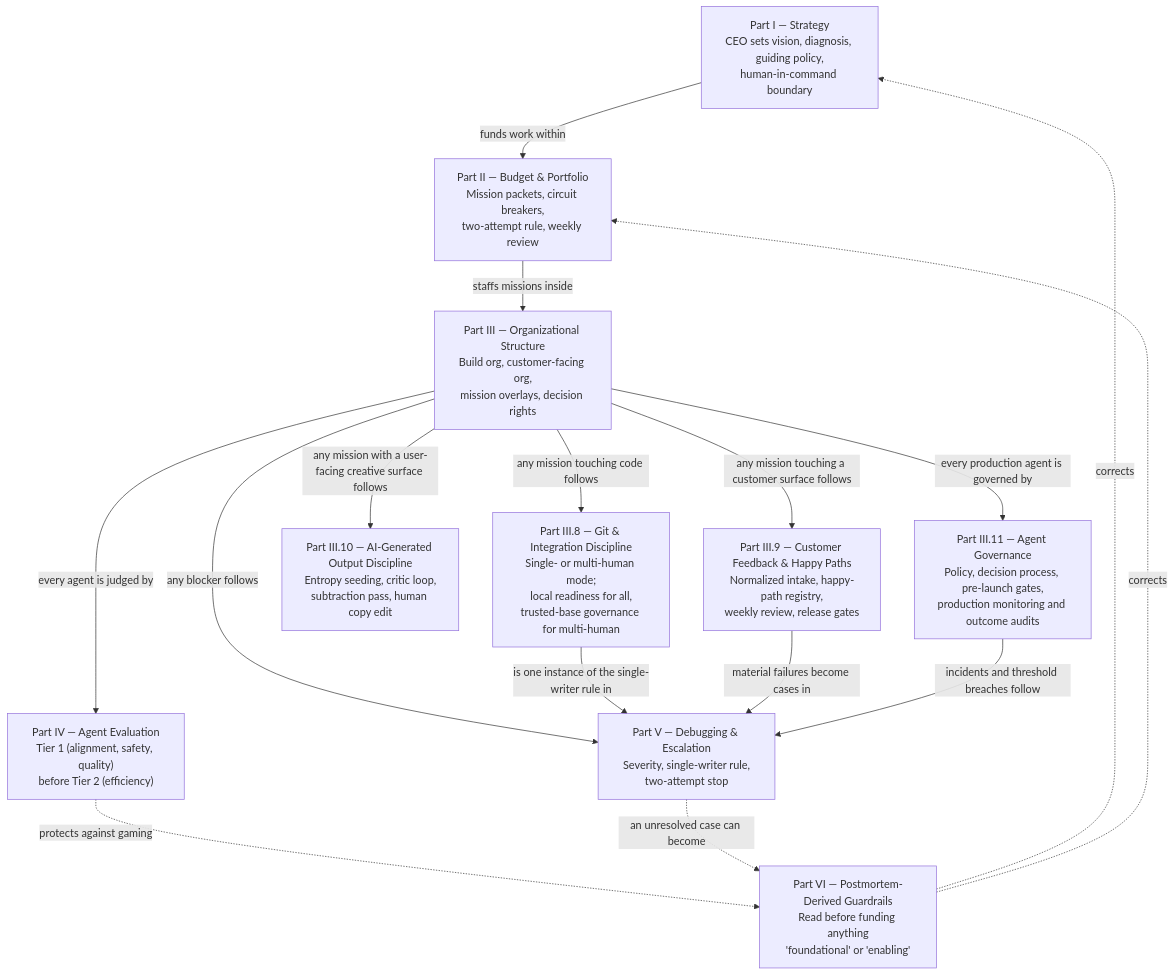
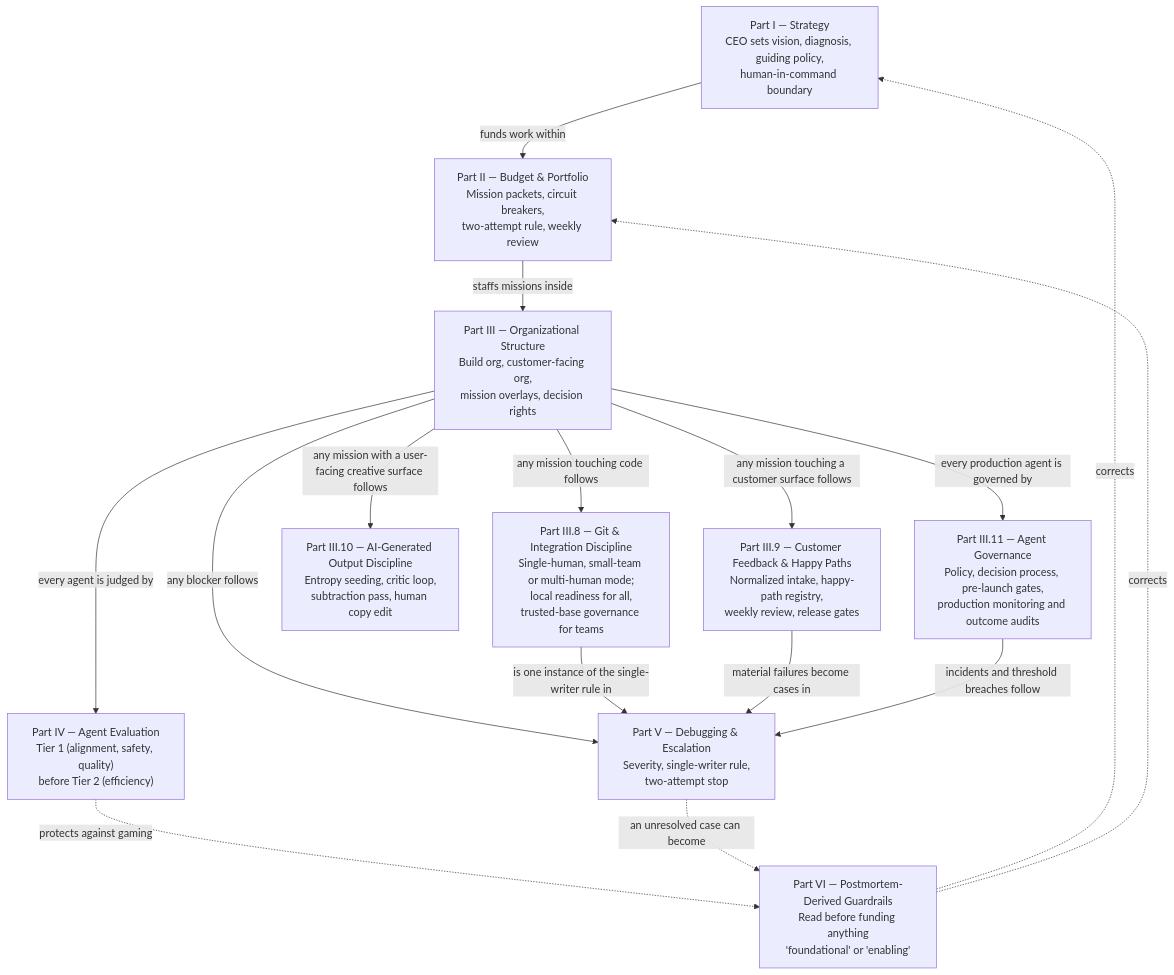
One commit to irl-labs-us/agentic-org-framework changed the diagram in README.md. Above: the diagram before and after it, drawn with Mermaid. The commit also changed other lines of this file and 17 other files, not shown here.

First line of the commit message:
Add small-team operator mode and agent-sessions setting

````diff
--- a/README.md
+++ b/README.md
@@ -55,29 +59,29 @@
 ```mermaid
 flowchart TB
     STRATEGY["Part I — Strategy<br/>CEO sets vision, diagnosis, guiding policy,<br/>human-in-command boundary"]
     BUDGET["Part II — Budget & Portfolio<br/>Mission packets, circuit breakers,<br/>two-attempt rule, weekly review"]
     ORG["Part III — Organizational Structure<br/>Build org, customer-facing org,<br/>mission overlays, decision rights"]
-    GIT["Part III.8 — Git & Integration Discipline<br/>Single- or multi-human mode;<br/>local readiness for all,<br/>trusted-base governance for multi-human"]
+    GIT["Part III.8 — Git & Integration Discipline<br/>Single-human, small-team or multi-human mode;<br/>local readiness for all,<br/>trusted-base governance for teams"]
     FEEDBACK["Part III.9 — Customer Feedback & Happy Paths<br/>Normalized intake, happy-path registry,<br/>weekly review, release gates"]
     DESIGN["Part III.10 — AI-Generated Output Discipline<br/>Entropy seeding, critic loop,<br/>subtraction pass, human copy edit"]
     GOVERNANCE["Part III.11 — Agent Governance<br/>Policy, decision process, pre-launch gates,<br/>production monitoring and outcome audits"]
     EVAL["Part IV — Agent Evaluation<br/>Tier 1 (alignment, safety, quality)<br/>before Tier 2 (efficiency)"]
     DEBUG["Part V — Debugging & Escalation<br/>Severity, single-writer rule,<br/>two-attempt stop"]
     GUARDRAILS["Part VI — Postmortem-Derived Guardrails<br/>Read before funding anything<br/>'foundational' or 'enabling'"]
 
     STRATEGY -->|"funds work within"| BUDGET
     BUDGET -->|"staffs missions inside"| ORG
     ORG -->|"any mission touching code follows"| GIT
     ORG -->|"any mission touching a customer surface follows"| FEEDBACK
     ORG -->|"any mission with a user-facing creative surface follows"| DESIGN
     ORG -->|"every production agent is governed by"| GOVERNANCE
     ORG -->|"every agent is judged by"| EVAL
     ORG -->|"any blocker follows"| DEBUG
     GIT -->|"is one instance of the single-writer rule in"| DEBUG
     FEEDBACK -->|"material failures become cases in"| DEBUG
     GOVERNANCE -->|"incidents and threshold breaches follow"| DEBUG
     EVAL -.->|"protects against gaming"| GUARDRAILS
     DEBUG -.->|"an unresolved case can become"| GUARDRAILS
     GUARDRAILS -.->|"corrects"| STRATEGY
     GUARDRAILS -.->|"corrects"| BUDGET
 ```
````
